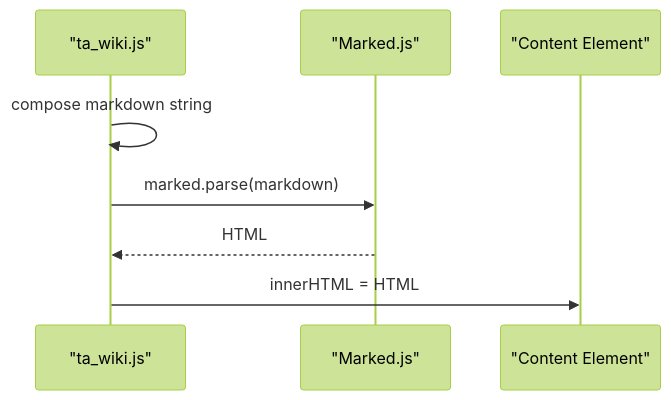
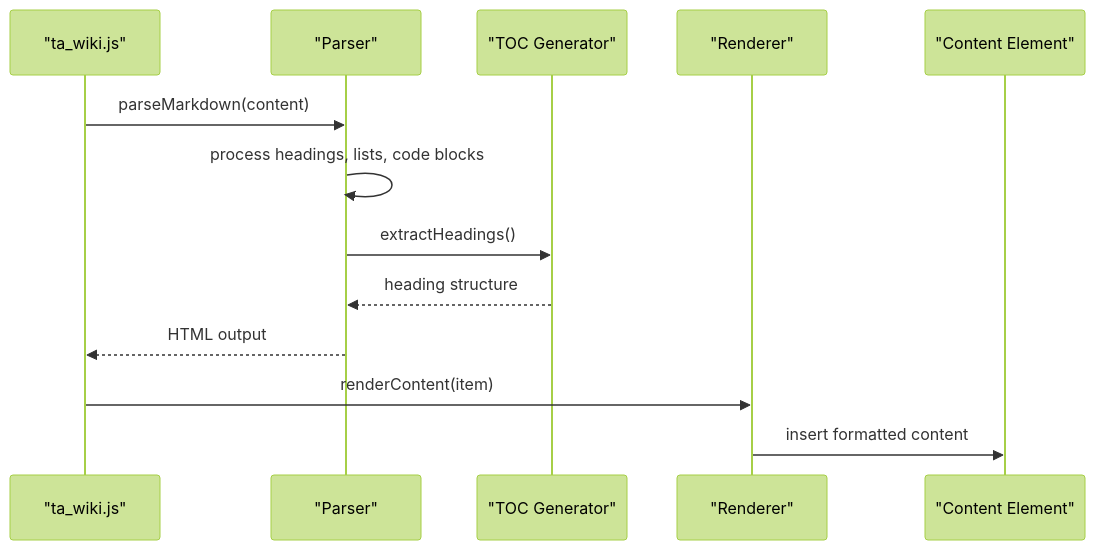
Before and after one commit to treasureGrove/TAWEBTOOL: the fourth of 7 diagrams in .qoder/repowiki/en/content/Knowledge Base System/TA Wiki Frontend.md, drawn with Mermaid (forest theme). The commit also changed other lines of this file and 101 other files, not shown here.

````diff
--- a/.qoder/repowiki/en/content/Knowledge Base System/TA Wiki Frontend.md
+++ b/.qoder/repowiki/en/content/Knowledge Base System/TA Wiki Frontend.md
@@ -150,10 +151,15 @@
 ```mermaid
 sequenceDiagram
 participant S as "ta_wiki.js"
-participant M as "Marked.js"
+participant P as "Parser"
+participant T as "TOC Generator"
+participant R as "Renderer"
 participant DOM as "Content Element"
-S->>S : compose markdown string
-S->>M : marked.parse(markdown)
-M-->>S : HTML
-S->>DOM : innerHTML = HTML
+S->>P : parseMarkdown(content)
+P->>P : process headings, lists, code blocks
+P->>T : extractHeadings()
+T-->>P : heading structure
+P-->>S : HTML output
+S->>R : renderContent(item)
+R->>DOM : insert formatted content
 ```
````
